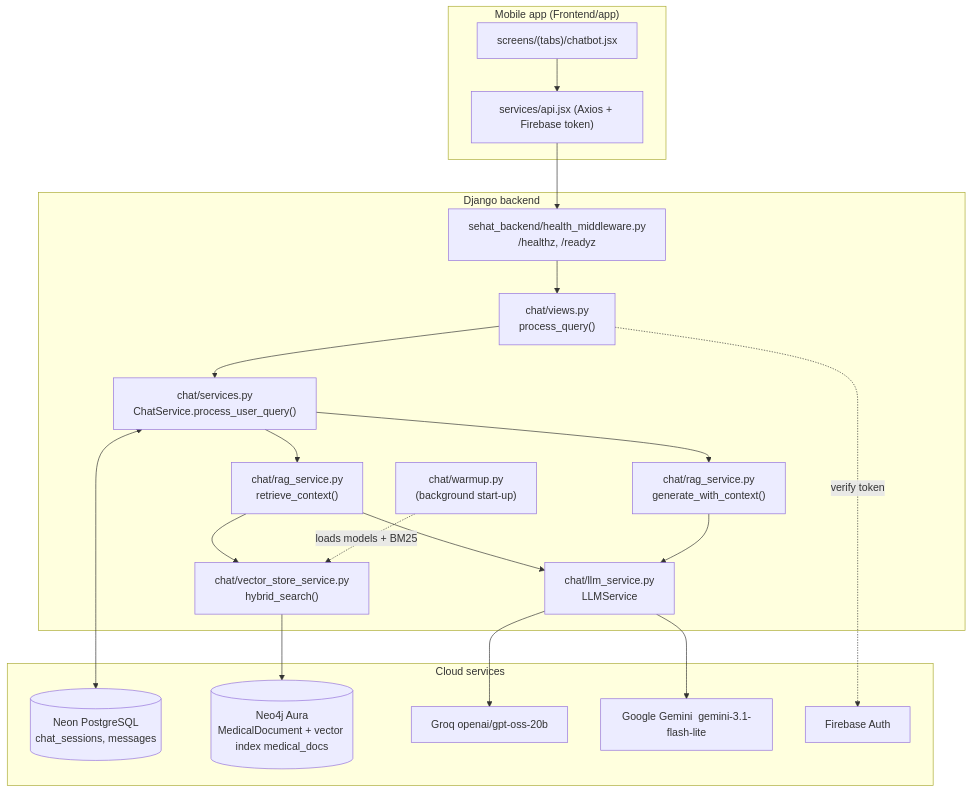
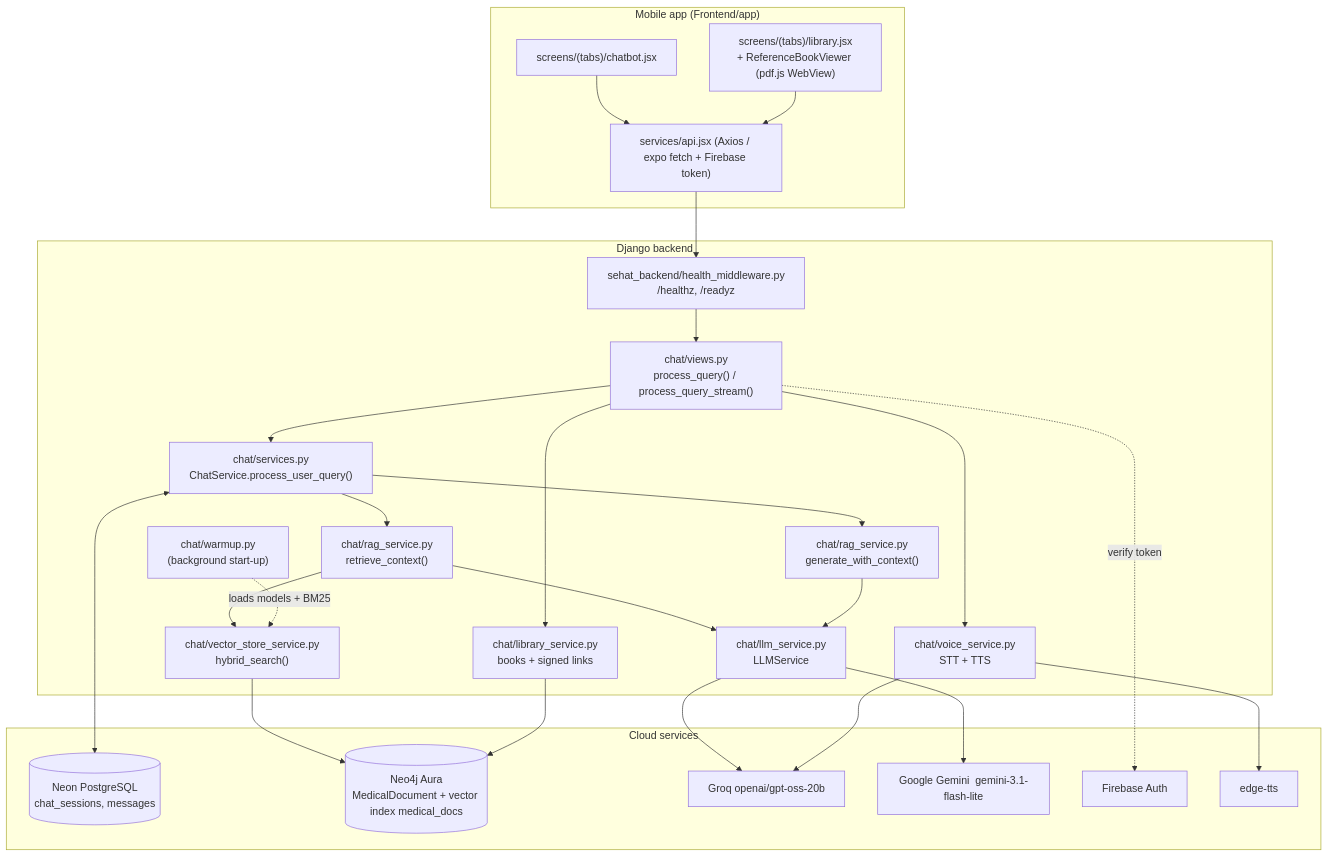
The diagram in FYP-SEHAT-ARCHITECTURE.md (Rahman-Ali/FYP-SEHAT), drawn with Mermaid before and after one commit. The commit also changed other lines of this file and 2 other files, not shown here.

Commit message:
docs: update READMEs and architecture for streaming, voice and Library

````diff
--- a/FYP-SEHAT-ARCHITECTURE.md
+++ b/FYP-SEHAT-ARCHITECTURE.md
@@ -11,34 +11,42 @@
 ```mermaid
 flowchart TD
     subgraph App["Mobile app (Frontend/app)"]
         UI["screens/(tabs)/chatbot.jsx"]
-        API["services/api.jsx (Axios + Firebase token)"]
+        LIB["screens/(tabs)/library.jsx\n+ ReferenceBookViewer (pdf.js WebView)"]
+        API["services/api.jsx (Axios / expo fetch + Firebase token)"]
     end
     subgraph Django["Django backend"]
         MW["sehat_backend/health_middleware.py\n/healthz, /readyz"]
-        V["chat/views.py\nprocess_query()"]
+        V["chat/views.py\nprocess_query() / process_query_stream()"]
+        LS["chat/library_service.py\nbooks + signed links"]
+        VO["chat/voice_service.py\nSTT + TTS"]
         CS["chat/services.py\nChatService.process_user_query()"]
         R1["chat/rag_service.py\nretrieve_context()"]
         R2["chat/rag_service.py\ngenerate_with_context()"]
         L["chat/llm_service.py\nLLMService"]
         VS["chat/vector_store_service.py\nhybrid_search()"]
         W["chat/warmup.py\n(background start-up)"]
     end
     subgraph Cloud["Cloud services"]
         PG[("Neon PostgreSQL\nchat_sessions, messages")]
         N4J[("Neo4j Aura\nMedicalDocument + vector index medical_docs")]
         GROQ["Groq  openai/gpt-oss-20b"]
         GEM["Google Gemini  gemini-3.1-flash-lite"]
         FB["Firebase Auth"]
+        EDGE["edge-tts"]
     end
 
     UI --> API --> MW --> V --> CS
     V -. verify token .-> FB
     CS <--> PG
     CS --> R1 --> L
     R1 --> VS --> N4J
     CS --> R2 --> L
     L --> GROQ
     L --> GEM
     W -. loads models + BM25 .-> VS
+    LIB --> API
+    V --> LS --> N4J
+    V --> VO --> GROQ
+    VO --> EDGE
 ```
````
